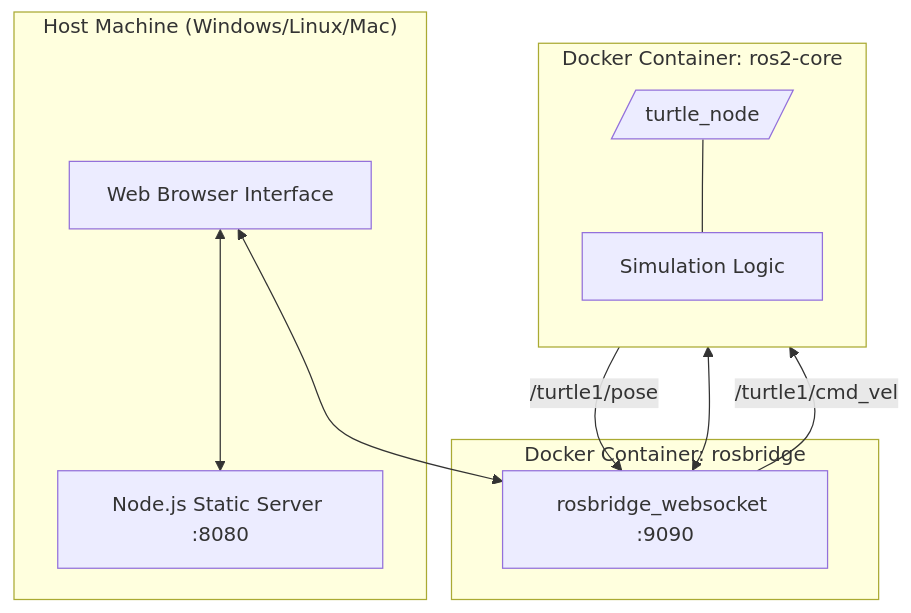
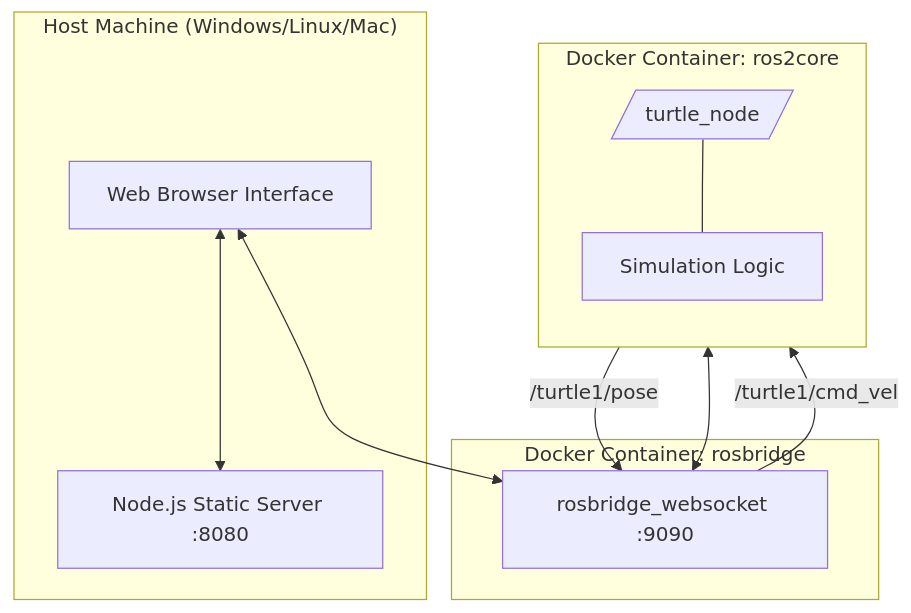
Before and after one commit to shaked6133/HIT-Autonomous-Vehicle-Dev: the diagram in README.md, drawn with Mermaid.

````diff
--- a/README.md
+++ b/README.md
@@ -18,27 +18,27 @@
 ```mermaid
 flowchart TB
     subgraph Host ["Host Machine (Windows/Linux/Mac)"]
         Browser[Web Browser Interface]
         WebServer[Node.js Static Server :8080]
     end
 
     subgraph Bridge ["Docker Container: rosbridge"]
         RB[rosbridge_websocket :9090]
     end
 
-    subgraph Core ["Docker Container: ros2-core"]
+    subgraph Core ["Docker Container: ros2core"]
         direction TB
         TurtleNode[/turtle_node/]
         SimLogic[Simulation Logic]
         TurtleNode --- SimLogic
     end
 
     %% Communication Flows
     Browser <--> WebServer
     Browser <--> RB
     RB <--> TurtleNode
 
     %% Topic Details
     TurtleNode -- "/turtle1/pose" --> RB
     RB -- "/turtle1/cmd_vel" --> TurtleNode
 ```
````
